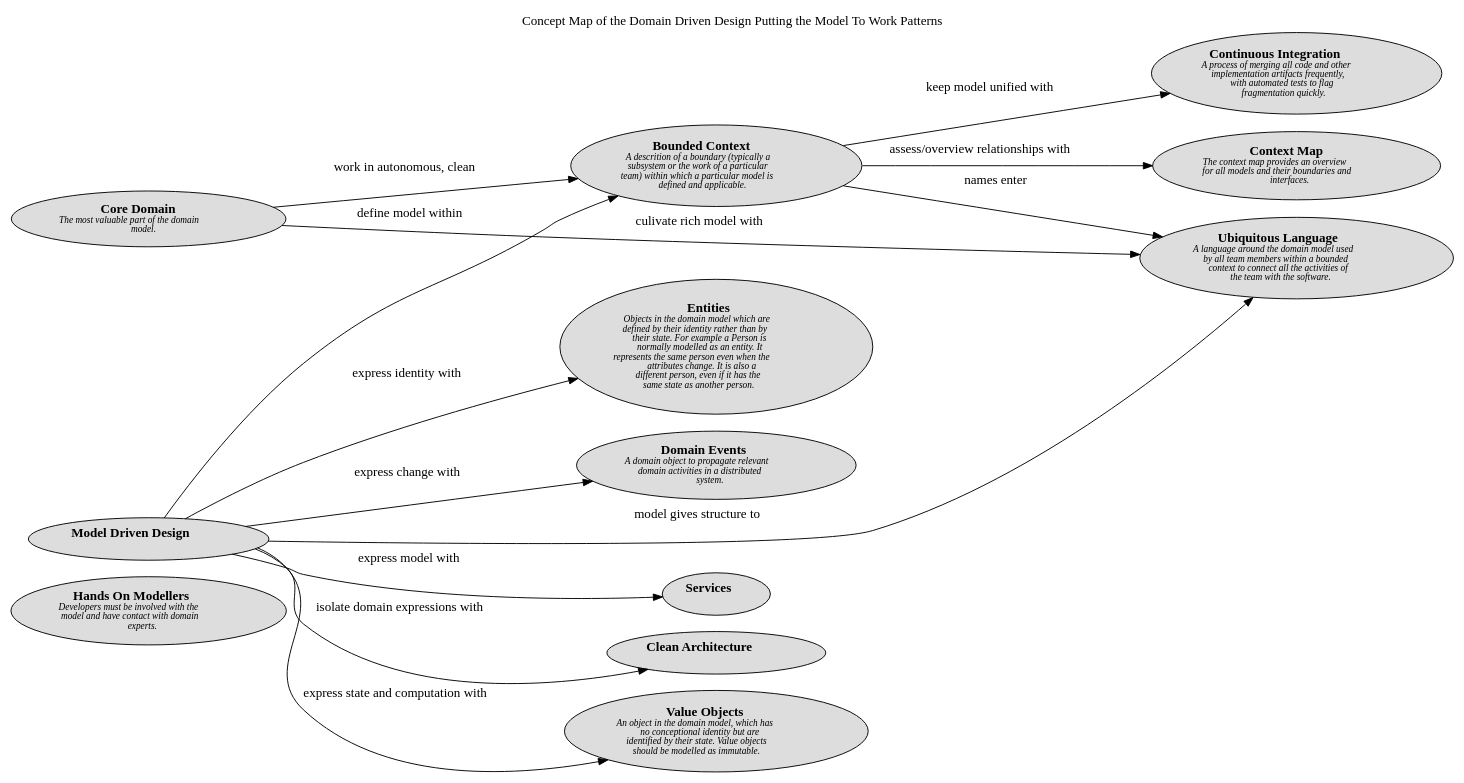
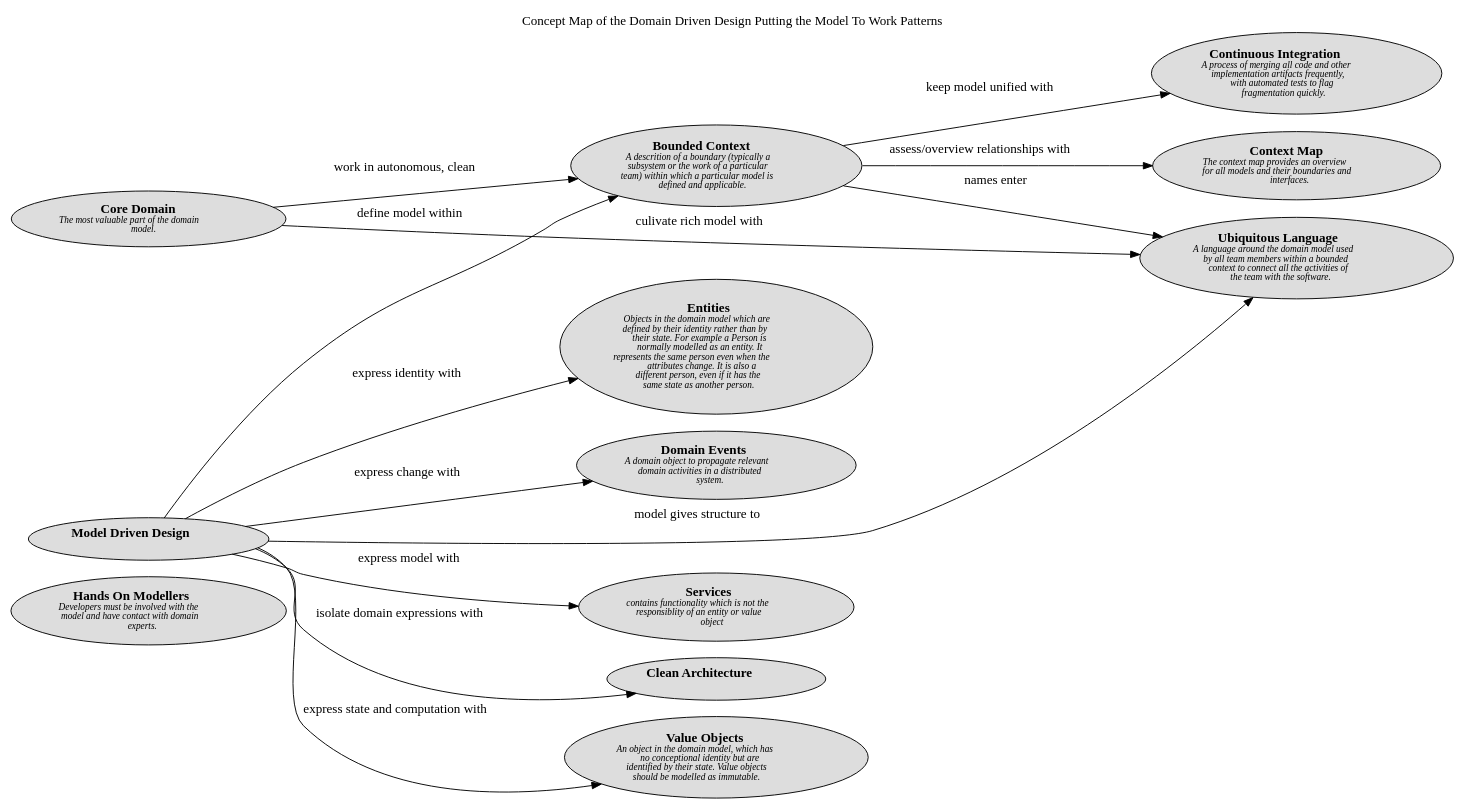
One commit to lsolbach/overarch-models changed the diagram in docs/software-development/domain-driven-design/modelling/concept-view.dot. Above: the diagram before and after it, drawn with Graphviz. The commit also changed 10 other files, not shown here.

```diff
--- a/docs/software-development/domain-driven-design/modelling/concept-view.dot
+++ b/docs/software-development/domain-driven-design/modelling/concept-view.dot
@@ -1,35 +1,35 @@
 digraph "Concept Map of the Domain Driven Design Putting the Model To Work Patterns" {
   labelloc= "t"
   label="Concept Map of the Domain Driven Design Putting the Model To Work Patterns"
   rankdir="LR"
 
   layout=dot
 software_development_domain_driven_design_modelling__c_hands_on_modellers [shape=ellipse style=filled fillcolor="#dddddd" label=<<B>Hands On Modellers</B><BR/><FONT POINT-SIZE="10"><I>Developers must be involved with the<BR/>model and have contact with domain<BR/>experts. </I></FONT>>]
 software_development_domain_driven_design_building_blocks__c_value_objects [shape=ellipse style=filled fillcolor="#dddddd" label=<<B>Value Objects</B><BR/><FONT POINT-SIZE="10"><I>An object in the domain model, which has<BR/>no conceptional identity but are<BR/>identified by their state. Value objects<BR/>should be modelled as immutable. </I></FONT>>]
 software_development_domain_driven_design_modelling__c_bounded_context [shape=ellipse style=filled fillcolor="#dddddd" label=<<B>Bounded Context</B><BR/><FONT POINT-SIZE="10"><I>A descrition of a boundary (typically a<BR/>subsystem or the work of a particular<BR/>team) within which a particular model is<BR/>defined and applicable. </I></FONT>>]
-software_development_domain_driven_design_building_blocks__c_services [shape=ellipse style=filled fillcolor="#dddddd" label=<<B>Services</B><BR/><FONT POINT-SIZE="10"><I> </I></FONT>>]
 software_development_domain_driven_design_modelling__c_model_driven_design [shape=ellipse style=filled fillcolor="#dddddd" label=<<B>Model Driven Design</B><BR/><FONT POINT-SIZE="10"><I> </I></FONT>>]
 software_development_domain_driven_design_modelling__c_ubiquitous_language [shape=ellipse style=filled fillcolor="#dddddd" label=<<B>Ubiquitous Language</B><BR/><FONT POINT-SIZE="10"><I>A language around the domain model used<BR/>by all team members within a bounded<BR/>context to connect all the activities of<BR/>the team with the software. </I></FONT>>]
+software_development_domain_driven_design_building_blocks__c_services [shape=ellipse style=filled fillcolor="#dddddd" label=<<B>Services</B><BR/><FONT POINT-SIZE="10"><I>contains functionality which is not the<BR/>responsiblity of an entity or value<BR/>object </I></FONT>>]
 software_development_domain_driven_design__c_clean_architecture [shape=ellipse style=filled fillcolor="#dddddd" label=<<B>Clean Architecture</B><BR/><FONT POINT-SIZE="10"><I> </I></FONT>>]
 software_development_domain_driven_design_modelling__c_continuous_integration [shape=ellipse style=filled fillcolor="#dddddd" label=<<B>Continuous Integration</B><BR/><FONT POINT-SIZE="10"><I>A process of merging all code and other<BR/>implementation artifacts frequently,<BR/>with automated tests to flag<BR/>fragmentation quickly. </I></FONT>>]
 software_development_domain_driven_design_building_blocks__c_entities [shape=ellipse style=filled fillcolor="#dddddd" label=<<B>Entities</B><BR/><FONT POINT-SIZE="10"><I>Objects in the domain model which are<BR/>defined by their identity rather than by<BR/>their state. For example a Person is<BR/>normally modelled as an entity. It<BR/>represents the same person even when the<BR/>attributes change. It is also a<BR/>different person, even if it has the<BR/>same state as another person. </I></FONT>>]
 software_development_domain_driven_design_building_blocks__c_domain_events [shape=ellipse style=filled fillcolor="#dddddd" label=<<B>Domain Events</B><BR/><FONT POINT-SIZE="10"><I>A domain object to propagate relevant<BR/>domain activities in a distributed<BR/>system. </I></FONT>>]
 software_development_domain_driven_design_distillation__c_core_domain [shape=ellipse style=filled fillcolor="#dddddd" label=<<B>Core Domain</B><BR/><FONT POINT-SIZE="10"><I>The most valuable part of the domain<BR/>model. </I></FONT>>]
 software_development_domain_driven_design_context_mapping__c_context_map [shape=ellipse style=filled fillcolor="#dddddd" label=<<B>Context Map</B><BR/><FONT POINT-SIZE="10"><I> The context map provides an overview<BR/>for all models and their boundaries and<BR/>interfaces. </I></FONT>>]
  
 software_development_domain_driven_design_distillation__c_core_domain -> software_development_domain_driven_design_modelling__c_bounded_context [label=<work in autonomous, clean<BR/><FONT POINT-SIZE="10"><I> </I></FONT>>]
 software_development_domain_driven_design_modelling__c_model_driven_design -> software_development_domain_driven_design_modelling__c_bounded_context [label=<define model within<BR/><FONT POINT-SIZE="10"><I> </I></FONT>>]
 software_development_domain_driven_design_modelling__c_model_driven_design -> software_development_domain_driven_design_building_blocks__c_domain_events [label=<express change with<BR/><FONT POINT-SIZE="10"><I> </I></FONT>>]
 software_development_domain_driven_design_distillation__c_core_domain -> software_development_domain_driven_design_modelling__c_ubiquitous_language [label=<culivate rich model with<BR/><FONT POINT-SIZE="10"><I> </I></FONT>>]
 software_development_domain_driven_design_modelling__c_model_driven_design -> software_development_domain_driven_design_modelling__c_ubiquitous_language [label=<model gives structure to<BR/><FONT POINT-SIZE="10"><I> </I></FONT>>]
 software_development_domain_driven_design_modelling__c_bounded_context -> software_development_domain_driven_design_modelling__c_ubiquitous_language [label=<names enter<BR/><FONT POINT-SIZE="10"><I> </I></FONT>>]
 software_development_domain_driven_design_modelling__c_bounded_context -> software_development_domain_driven_design_context_mapping__c_context_map [label=<assess/overview relationships with<BR/><FONT POINT-SIZE="10"><I> </I></FONT>>]
 software_development_domain_driven_design_modelling__c_model_driven_design -> software_development_domain_driven_design_building_blocks__c_services [label=<express model with<BR/><FONT POINT-SIZE="10"><I> </I></FONT>>]
 software_development_domain_driven_design_modelling__c_model_driven_design -> software_development_domain_driven_design_building_blocks__c_value_objects [label=<express state and computation with<BR/><FONT POINT-SIZE="10"><I> </I></FONT>>]
 software_development_domain_driven_design_modelling__c_model_driven_design -> software_development_domain_driven_design__c_clean_architecture [label=<isolate domain expressions with<BR/><FONT POINT-SIZE="10"><I> </I></FONT>>]
 software_development_domain_driven_design_modelling__c_bounded_context -> software_development_domain_driven_design_modelling__c_continuous_integration [label=<keep model unified with<BR/><FONT POINT-SIZE="10"><I> </I></FONT>>]
 software_development_domain_driven_design_modelling__c_model_driven_design -> software_development_domain_driven_design_building_blocks__c_entities [label=<express identity with<BR/><FONT POINT-SIZE="10"><I> </I></FONT>>]
  
 }
 
 // (generated by Overarch with template views/view.dot.cmb)
```
